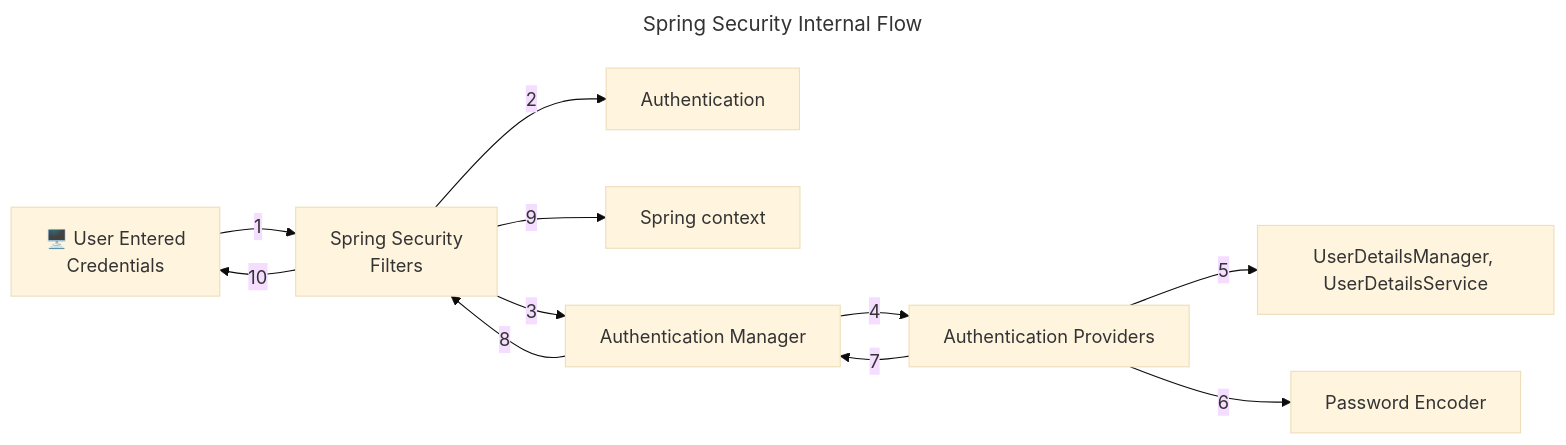
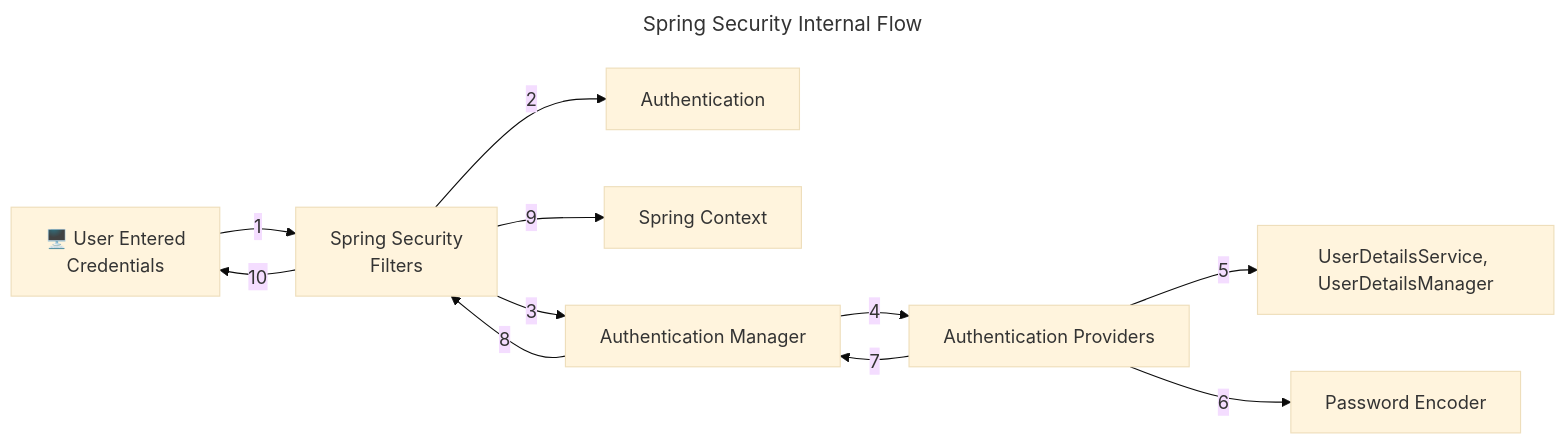
The first of 17 diagrams in readme.md (DonggeonMoon/spring-security-study), drawn with Mermaid (base theme) before and after one commit. The commit also changed other lines of this file, not shown here.

Commit message:
docs: spring security flow, 필터 내용 정리

````diff
--- a/readme.md
+++ b/readme.md
@@ -18,16 +18,16 @@
 ```mermaid
 ---
 title: Spring Security Internal Flow
 ---
 graph LR
-    1["🖥️ User Entered\nCredentials"] -->|1| 2[Spring Security\nFilters\n]
+    1["🖥️ User Entered\nCredentials\n"] -->|1| 2[Spring Security\nFilters\n]
     2 -->|2| 3[Authentication]
-    2 -->|9| 4[Spring context]
+    2 -->|9| 4[Spring Context]
     2 -->|3| 5[Authentication Manager]
     5 -->|4| 6[Authentication Providers]
-    6 -->|5| 7[UserDetailsManager, UserDetailsService]
+    6 -->|5| 7[UserDetailsService, UserDetailsManager]
     6 -->|6| 8[Password Encoder]
     6 -->|7| 5
     5 -->|8| 2
     2 -->|10| 1
 ```
````
